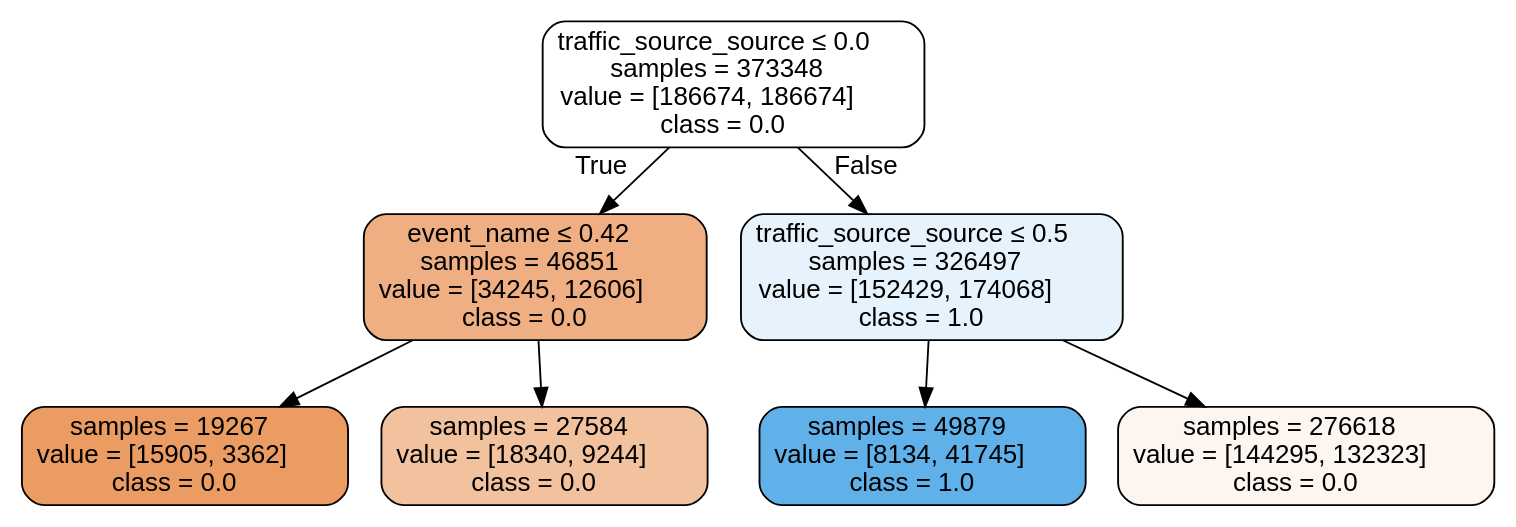
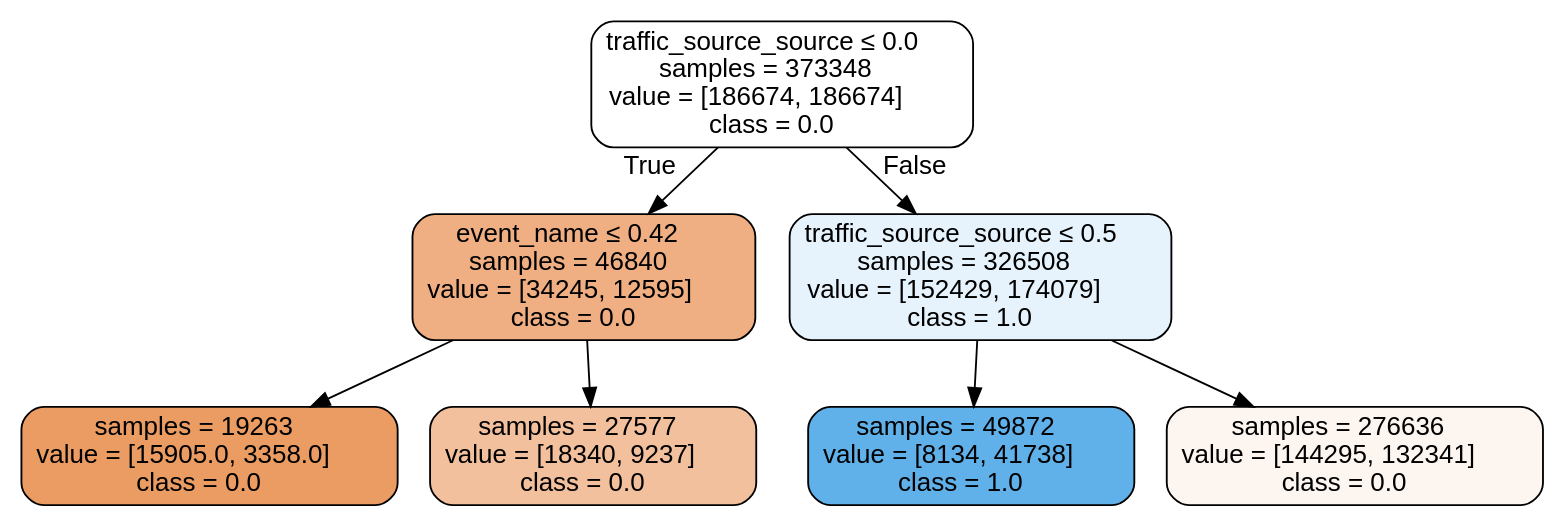
The diagram in notebooks/google_merch_store/images/df_merch_final_dt_precision_best_tree.dot (jvanalytics/ist_dash_2024_rec), drawn with Graphviz before and after one commit. The commit also changed 65 other files, not shown here.

```diff
--- a/notebooks/google_merch_store/images/df_merch_final_dt_precision_best_tree.dot
+++ b/notebooks/google_merch_store/images/df_merch_final_dt_precision_best_tree.dot
@@ -1,17 +1,17 @@
 digraph Tree {
 node [shape=box, style="filled, rounded", color="black", fontname="helvetica"] ;
 edge [fontname="helvetica"] ;
 0 [label=<traffic_source_source &le; 0.0<br/>samples = 373348<br/>value = [186674, 186674]<br/>class = 0.0>, fillcolor="#ffffff"] ;
-1 [label=<event_name &le; 0.42<br/>samples = 46851<br/>value = [34245, 12606]<br/>class = 0.0>, fillcolor="#efaf82"] ;
+1 [label=<event_name &le; 0.42<br/>samples = 46840<br/>value = [34245, 12595]<br/>class = 0.0>, fillcolor="#efaf82"] ;
 0 -> 1 [labeldistance=2.5, labelangle=45, headlabel="True"] ;
-2 [label=<samples = 19267<br/>value = [15905, 3362]<br/>class = 0.0>, fillcolor="#ea9c63"] ;
+2 [label=<samples = 19263<br/>value = [15905.0, 3358.0]<br/>class = 0.0>, fillcolor="#ea9c63"] ;
 1 -> 2 ;
-3 [label=<samples = 27584<br/>value = [18340, 9244]<br/>class = 0.0>, fillcolor="#f2c19d"] ;
+3 [label=<samples = 27577<br/>value = [18340, 9237]<br/>class = 0.0>, fillcolor="#f2c09d"] ;
 1 -> 3 ;
-4 [label=<traffic_source_source &le; 0.5<br/>samples = 326497<br/>value = [152429, 174068]<br/>class = 1.0>, fillcolor="#e6f3fc"] ;
+4 [label=<traffic_source_source &le; 0.5<br/>samples = 326508<br/>value = [152429, 174079]<br/>class = 1.0>, fillcolor="#e6f3fc"] ;
 0 -> 4 [labeldistance=2.5, labelangle=-45, headlabel="False"] ;
-5 [label=<samples = 49879<br/>value = [8134, 41745]<br/>class = 1.0>, fillcolor="#60b0ea"] ;
+5 [label=<samples = 49872<br/>value = [8134, 41738]<br/>class = 1.0>, fillcolor="#60b0ea"] ;
 4 -> 5 ;
-6 [label=<samples = 276618<br/>value = [144295, 132323]<br/>class = 0.0>, fillcolor="#fdf5ef"] ;
+6 [label=<samples = 276636<br/>value = [144295, 132341]<br/>class = 0.0>, fillcolor="#fdf5ef"] ;
 4 -> 6 ;
 }
```
